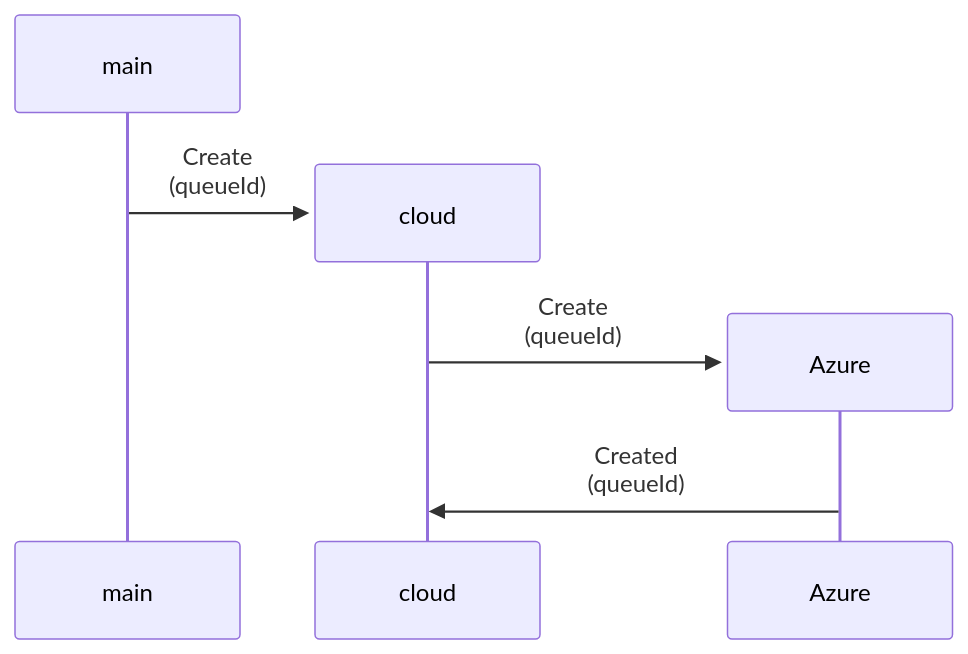
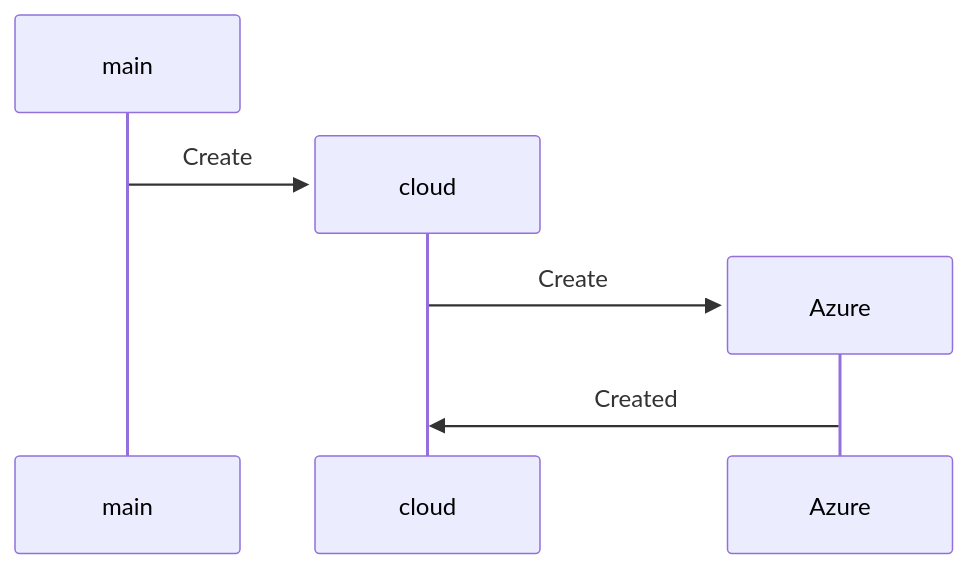
Before and after one commit to papadeltasierra/cloudsmets: the diagram in docs/testmermaid.md, drawn with Mermaid.

````diff
--- a/docs/testmermaid.md
+++ b/docs/testmermaid.md
@@ -2,13 +2,13 @@
 ```mermaid
 
 sequenceDiagram;
 
     participant m as main;
 
     create participant cl as cloud;
-    m->>cl: Create<br/>(queueId);
+    m->>cl: Create
 
     create participant az as Azure;
-    cl->>az: Create<br/>(queueId);
-    az->>cl: Created<br/>(queueId);
+    cl->>az: Create
+    az->>cl: Created
 ```
````
